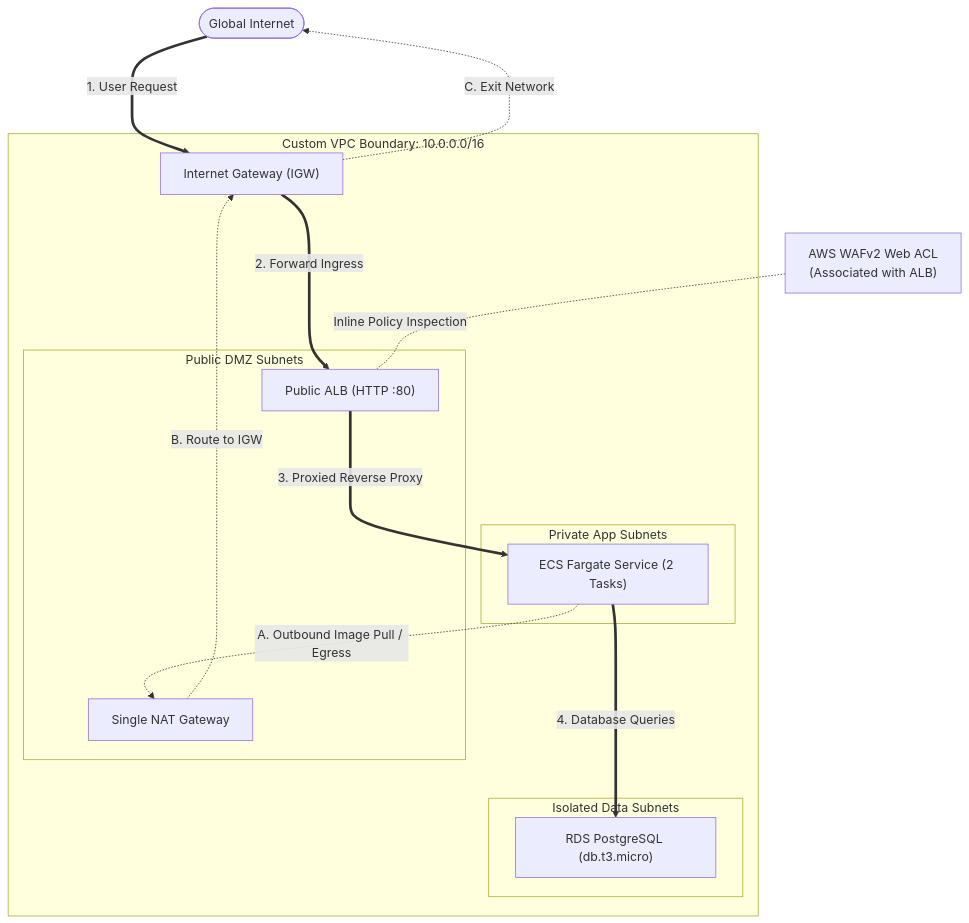
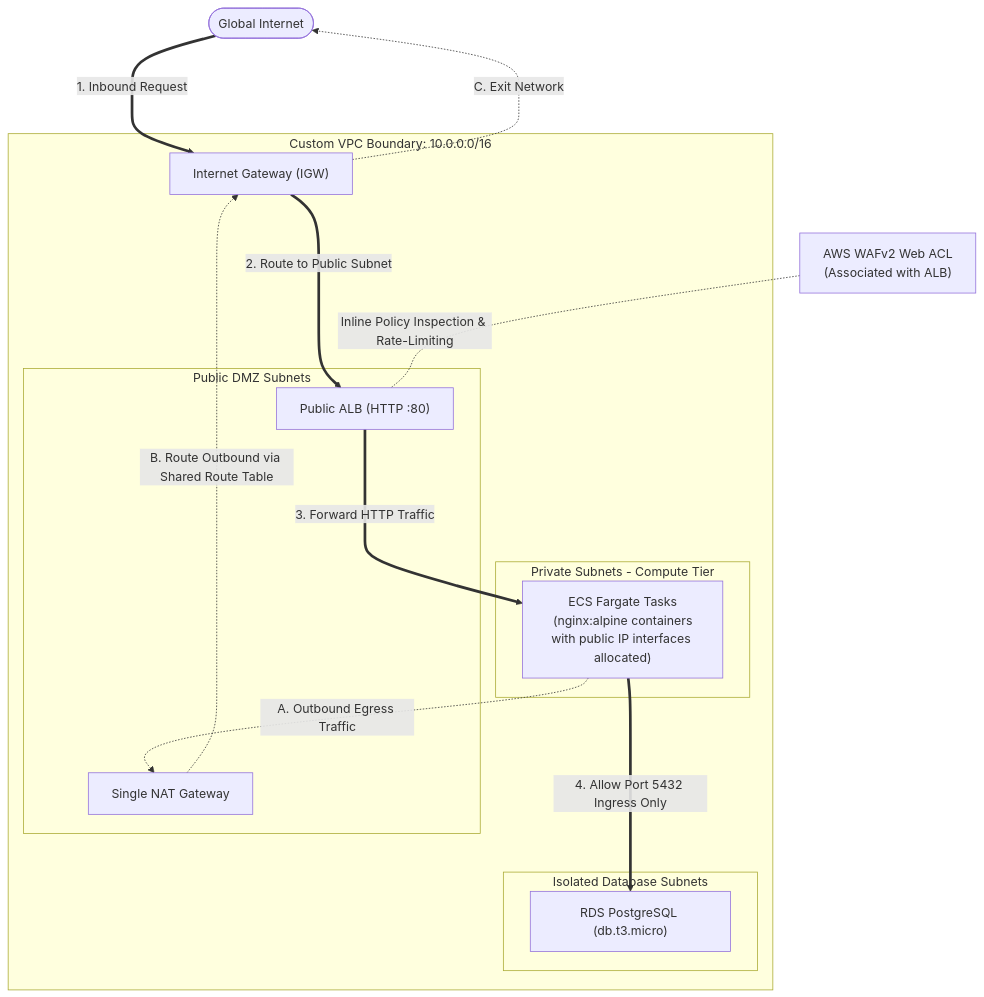
Before and after one commit to charishmanm24/AWS-Project: the diagram in README.md, drawn with Mermaid. The commit also changed other lines of this file, not shown here.

Commit message:
Revise architecture diagram and terminology in README
Updated architecture diagram and descriptions in README.

````diff
--- a/README.md
+++ b/README.md
@@ -20,36 +20,36 @@
 ```mermaid
 flowchart TD
-    %% External Entities and Regional Protection Layers
+    %% External Entities and Associated Control Planes
     Internet([Global Internet])
     WAF["AWS WAFv2 Web ACL\n(Associated with ALB)"]
 
-    %% Custom Virtual Private Cloud Boundary
+    %% Custom Virtual Private Cloud Matrix Boundary
     subgraph VPC [Custom VPC Boundary: 10.0.0.0/16]
         IGW["Internet Gateway (IGW)"]
         
         subgraph DMZ [Public DMZ Subnets]
             ALB["Public ALB (HTTP :80)"]
             NAT["Single NAT Gateway"]
         end
 
-        subgraph Private [Private App Subnets]
-            ECS["ECS Fargate Service (2 Tasks)"]
+        subgraph Private [Private Subnets - Compute Tier]
+            ECS["ECS Fargate Tasks\n(nginx:alpine containers\nwith public IP interfaces allocated)"]
         end
 
-        subgraph Data [Isolated Data Subnets]
+        subgraph Data [Isolated Database Subnets]
             DB["RDS PostgreSQL (db.t3.micro)"]
         end
     end
 
     %% Inbound Traffic Flow (Stateful Ingress Paths)
-    Internet ===>|1. User Request| IGW
-    IGW ===>|2. Forward Ingress| ALB
-    WAF -.-|Inline Policy Inspection| ALB
-    ALB ===>|3. Proxied Reverse Proxy| ECS
-    ECS ===>|4. Database Queries| DB
+    Internet ===>|1. Inbound Request| IGW
+    IGW ===>|2. Route to Public Subnet| ALB
+    WAF -.-|Inline Policy Inspection & Rate-Limiting| ALB
+    ALB ===>|3. Forward HTTP Traffic| ECS
+    ECS ===>|4. Allow Port 5432 Ingress Only| DB
 
     %% Outbound Traffic Flow (Stateful Egress Paths)
-    ECS -.->|A. Outbound Image Pull / Egress| NAT
-    NAT -.->|B. Route to IGW| IGW
+    ECS -.->|A. Outbound Egress Traffic| NAT
+    NAT -.->|B. Route Outbound via Shared Route Table| IGW
     IGW -.->|C. Exit Network| Internet
 ```
````
